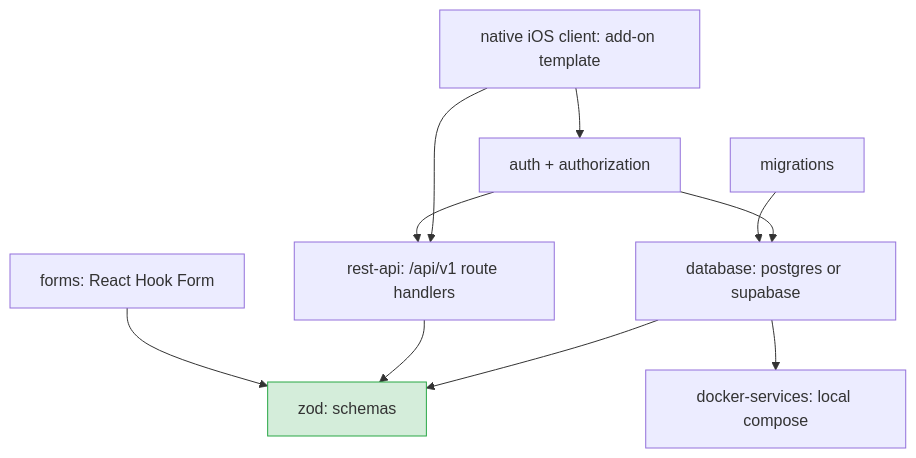
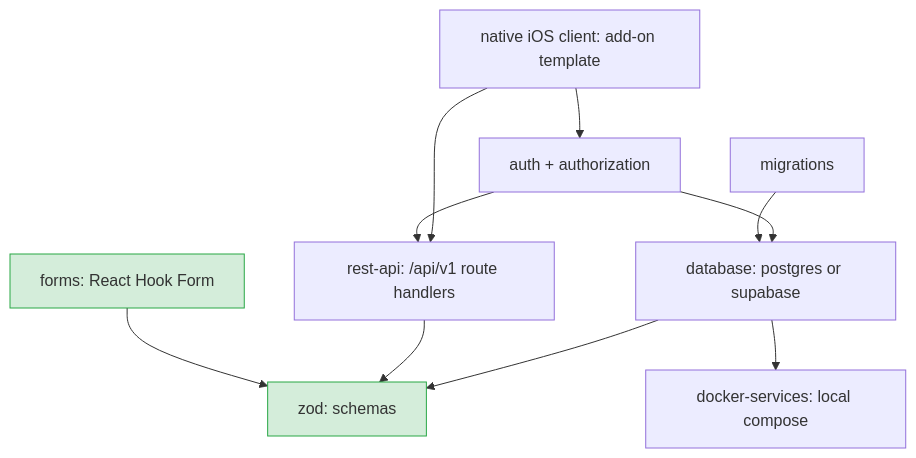
One commit to audiophreak/developer-platform changed the diagram in docs/full-stack-plan.md. Above: the diagram before and after it, drawn with Mermaid. The commit also changed other lines of this file and 20 other files, not shown here.

````diff
--- a/docs/full-stack-plan.md
+++ b/docs/full-stack-plan.md
@@ -9,21 +9,21 @@
 ```mermaid
 graph TD
   zod[zod: schemas]:::done
-  forms[forms: React Hook Form]
+  forms[forms: React Hook Form]:::done
   api[rest-api: /api/v1 route handlers]
   docker[docker-services: local compose]
   db[database: postgres or supabase]
   mig[migrations]
   auth[auth + authorization]
   ios[native iOS client: add-on template]
   forms --> zod
   api --> zod
   db --> docker
   db --> zod
   mig --> db
   auth --> db
   auth --> api
   ios --> api
   ios --> auth
   classDef done fill:#d4edda,stroke:#28a745
 ```
````
